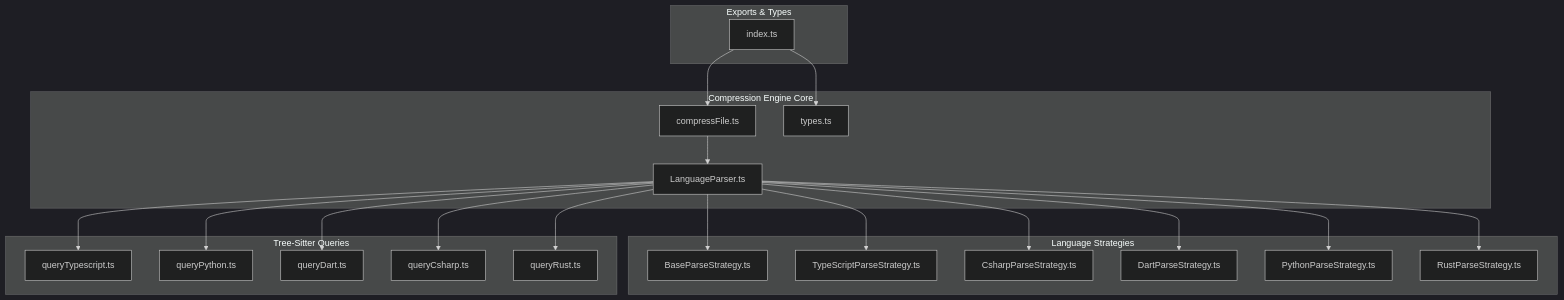
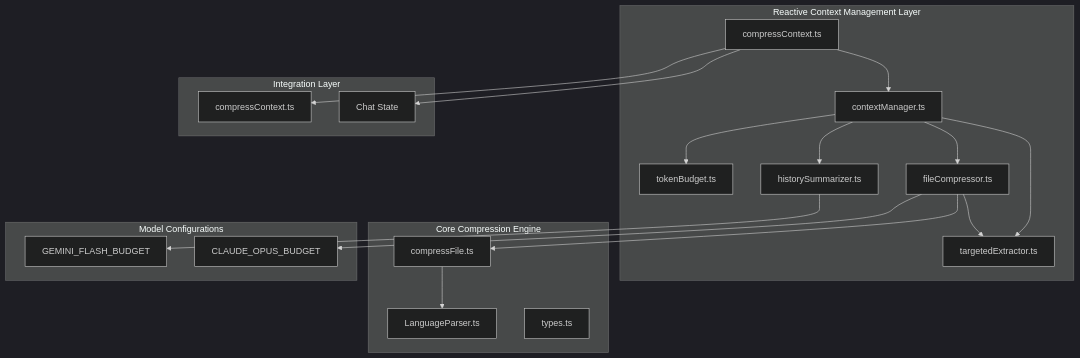
The first of 7 diagrams in .qoder/repowiki/en/content/Core Features/Compression Engine Architecture.md (bramburn/repomix-runner), drawn with Mermaid (dark theme) before and after one commit. The commit also changed other lines of this file and 40 other files, not shown here.

````diff
--- a/.qoder/repowiki/en/content/Core Features/Compression Engine Architecture.md
+++ b/.qoder/repowiki/en/content/Core Features/Compression Engine Architecture.md
@@ -41,40 +49,36 @@
 ```mermaid
 graph TB
-subgraph "Compression Engine Core"
+subgraph "Reactive Context Management Layer"
+CM[contextManager.ts]
+TB[tokenBudget.ts]
+HS[historySummarizer.ts]
+FC[fileCompressor.ts]
+TE[targetedExtractor.ts]
+CT[compressContext.ts]
+end
+subgraph "Core Compression Engine"
 CF[compressFile.ts]
 LP[LanguageParser.ts]
 TYPES[types.ts]
 end
-subgraph "Language Strategies"
-BASE[BaseParseStrategy.ts]
-TS[TypeScriptParseStrategy.ts]
-CS[CsharpParseStrategy.ts]
-DT[DartParseStrategy.ts]
-PY[PythonParseStrategy.ts]
-RS[RustParseStrategy.ts]
+subgraph "Integration Layer"
+NODES[compressContext.ts]
+STATE[Chat State]
 end
-subgraph "Tree-Sitter Queries"
-QT[queryTypescript.ts]
-QP[queryPython.ts]
-QD[queryDart.ts]
-QC[queryCsharp.ts]
-QR[queryRust.ts]
+subgraph "Model Configurations"
+GEMINI[GEMINI_FLASH_BUDGET]
+CLAUDE[CLAUDE_OPUS_BUDGET]
 end
-subgraph "Exports & Types"
-IDX[index.ts]
-end
+CM --> TB
+CM --> HS
+CM --> FC
+CM --> TE
+FC --> CF
+FC --> TE
+HS --> GEMINI
+FC --> CLAUDE
 CF --> LP
-LP --> BASE
-LP --> TS
-LP --> CS
-LP --> DT
-LP --> PY
-LP --> RS
-LP --> QT
-LP --> QP
-LP --> QD
-LP --> QC
-LP --> QR
-IDX --> CF
-IDX --> TYPES
+CT --> CM
+CT --> NODES
+CT --> STATE
 ```
````
